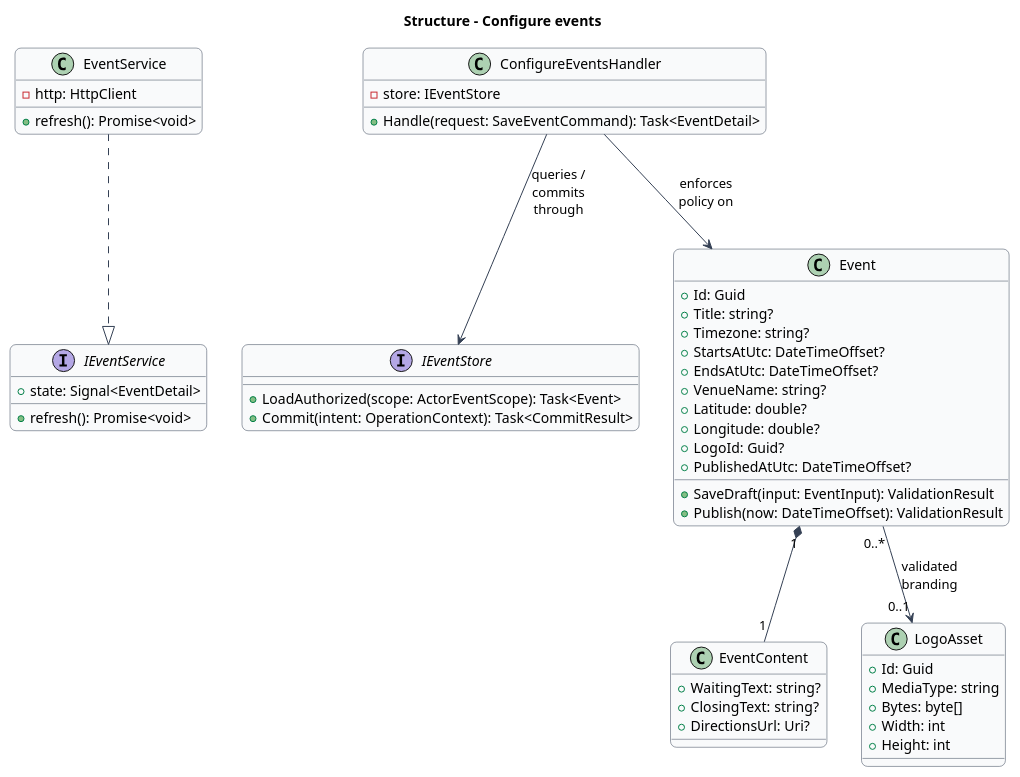
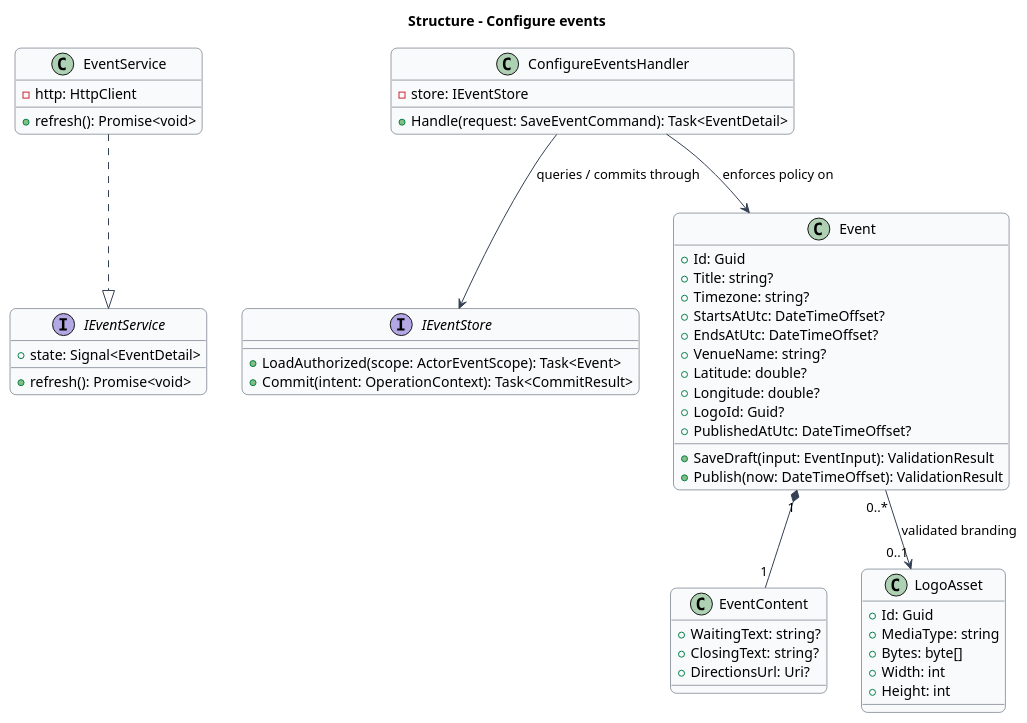
One commit to QuinntyneBrown/faithtech-toronto-ai-build-event changed the diagram in docs/detailed-designs/event-administration/configure-events/diagrams/classes.puml. Above: the diagram before and after it, drawn with PlantUML. The commit also changed 5 other files, not shown here.

```diff
--- a/docs/detailed-designs/event-administration/configure-events/diagrams/classes.puml
+++ b/docs/detailed-designs/event-administration/configure-events/diagrams/classes.puml
@@ -1,60 +1,60 @@
 @startuml
 skinparam backgroundColor #FFFFFF
 skinparam shadowing false
 skinparam roundcorner 12
 skinparam defaultFontName Arial
 skinparam ArrowColor #344054
 skinparam classBackgroundColor #F9FAFB
 skinparam classBorderColor #344054
 skinparam sequenceMessageAlign center
-skinparam maxMessageSize 70
+skinparam maxMessageSize 180
 title Structure - Configure events
 interface IEventService {
   +state: Signal<EventDetail>
   +refresh(): Promise<void>
 }
 class EventService {
   -http: HttpClient
   +refresh(): Promise<void>
 }
 class ConfigureEventsHandler {
   -store: IEventStore
   +Handle(request: SaveEventCommand): Task<EventDetail>
 }
 interface IEventStore {
   +LoadAuthorized(scope: ActorEventScope): Task<Event>
   +Commit(intent: OperationContext): Task<CommitResult>
 }
 class Event {
   +Id: Guid
   +Title: string?
   +Timezone: string?
   +StartsAtUtc: DateTimeOffset?
   +EndsAtUtc: DateTimeOffset?
   +VenueName: string?
   +Latitude: double?
   +Longitude: double?
   +LogoId: Guid?
   +PublishedAtUtc: DateTimeOffset?
   +SaveDraft(input: EventInput): ValidationResult
   +Publish(now: DateTimeOffset): ValidationResult
 }
 EventService ..|> IEventService
 ConfigureEventsHandler --> IEventStore : queries / commits through
 ConfigureEventsHandler --> Event : enforces policy on
 class EventContent {
   +WaitingText: string?
   +ClosingText: string?
   +DirectionsUrl: Uri?
 }
 class LogoAsset {
   +Id: Guid
   +MediaType: string
   +Bytes: byte[]
   +Width: int
   +Height: int
 }
 Event "1" *-- "1" EventContent
 Event "0..*" --> "0..1" LogoAsset : validated branding
 
 @enduml
```
